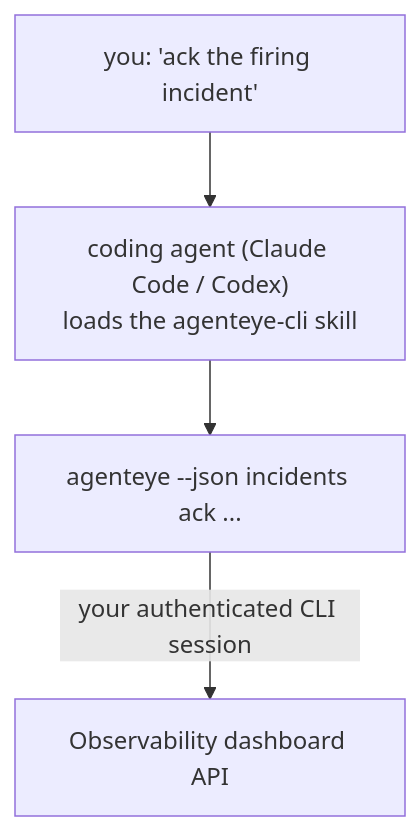
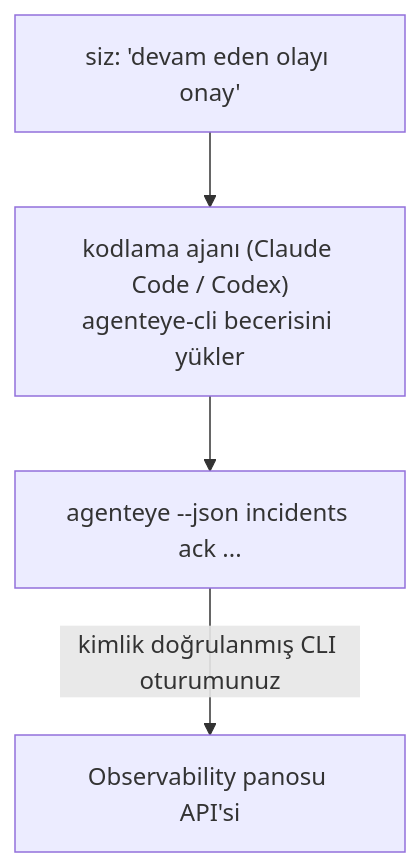
One commit to GongYuanCaiJi/failproofai changed the diagram in docs/tr/agenteye/cli-skill.mdx. Above: the diagram before and after it, drawn with Mermaid. The commit also changed other lines of this file and 364 other files, not shown here.

````diff
--- a/docs/tr/agenteye/cli-skill.mdx
+++ b/docs/tr/agenteye/cli-skill.mdx
@@ -26,6 +29,6 @@
 ```mermaid
 flowchart TD
-    YOU["you: 'ack the firing incident'"] --> AGENT["coding agent (Claude Code / Codex)<br/>loads the agenteye-cli skill"]
+    YOU["siz: 'devam eden olayı onay'"] --> AGENT["kodlama ajanı (Claude Code / Codex)<br/>agenteye-cli becerisini yükler"]
     AGENT --> CLI["agenteye --json incidents ack ..."]
-    CLI -->|your authenticated CLI session| API["Observability dashboard API"]
+    CLI -->|kimlik doğrulanmış CLI oturumunuz| API["Observability panosu API'si"]
 ```
````
